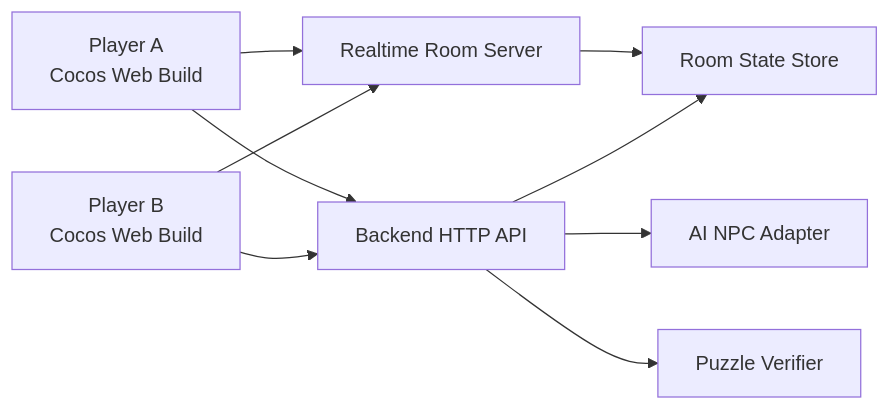
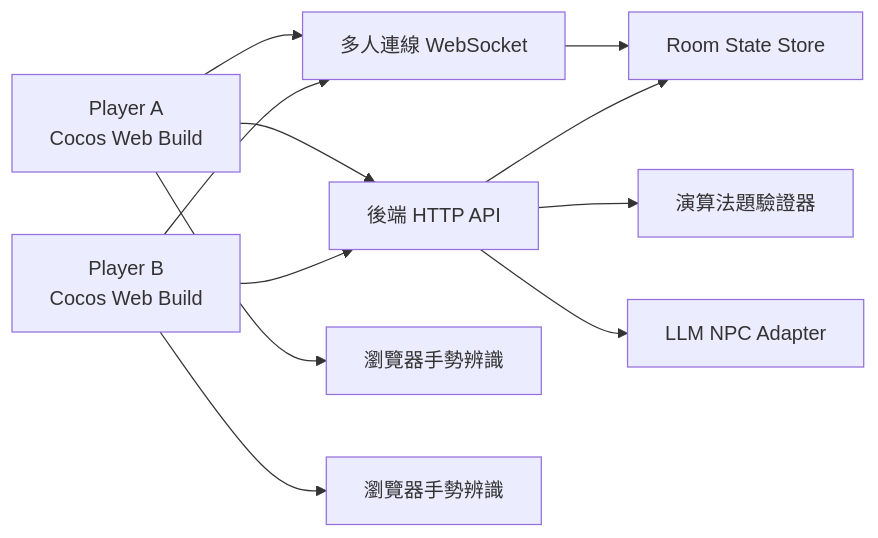
One commit to escape-nthu/escape-nthu changed the diagram in docs/specs/escape-nthu/design.md. Above: the diagram before and after it, drawn with Mermaid. The commit also changed other lines of this file and 10 other files, not shown here.

````diff
--- a/docs/specs/escape-nthu/design.md
+++ b/docs/specs/escape-nthu/design.md
@@ -24,11 +25,13 @@
 ```mermaid
 flowchart LR
-  A["Player A<br/>Cocos Web Build"] --> WS["Realtime Room Server"]
+  A["Player A<br/>Cocos Web Build"] --> WS["多人連線 WebSocket"]
   B["Player B<br/>Cocos Web Build"] --> WS
-  A --> API["Backend HTTP API"]
+  A --> API["後端 HTTP API"]
   B --> API
-  API --> AI["AI NPC Adapter"]
-  API --> Puzzle["Puzzle Verifier"]
+  API --> Puzzle["演算法題驗證器"]
+  API --> LLM["LLM NPC Adapter"]
+  A --> VisionA["瀏覽器手勢辨識"]
+  B --> VisionB["瀏覽器手勢辨識"]
   WS --> State["Room State Store"]
   API --> State
 ```
````
